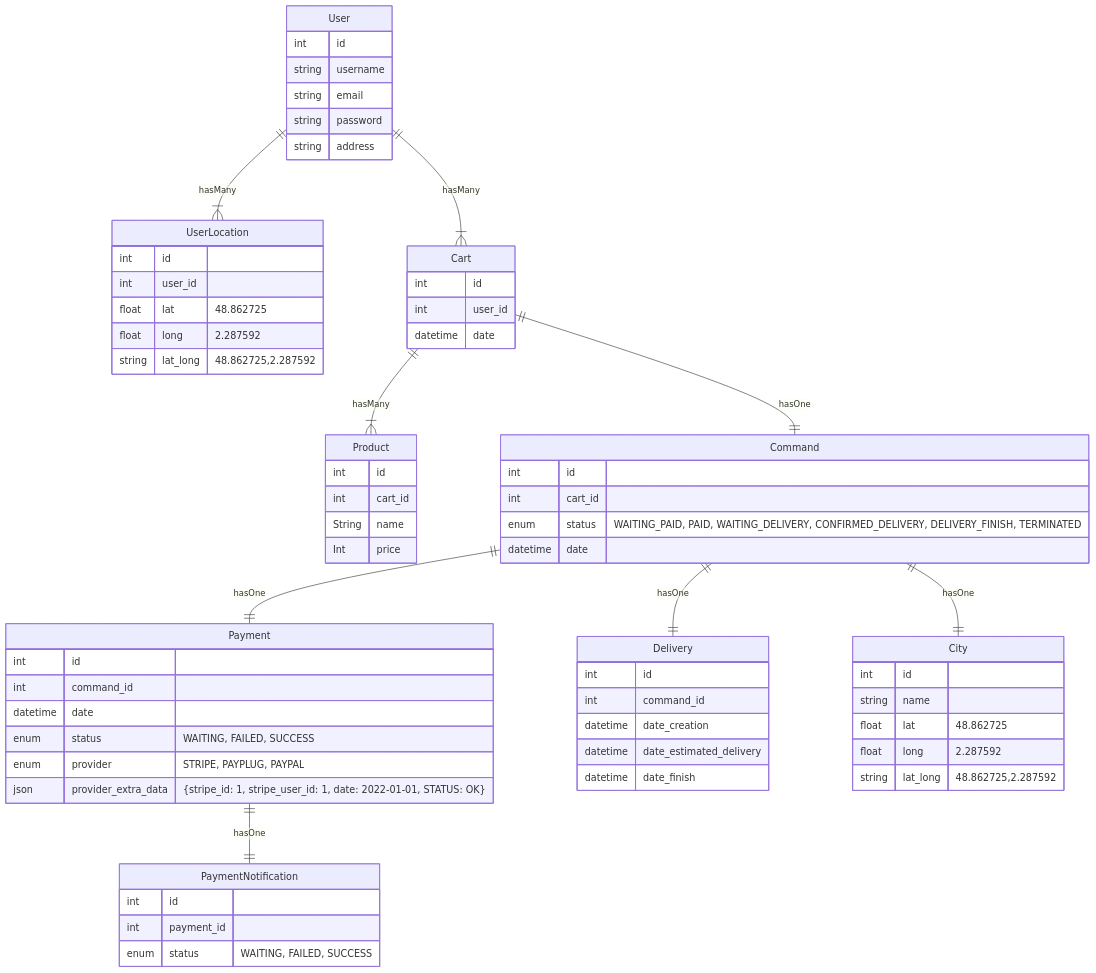
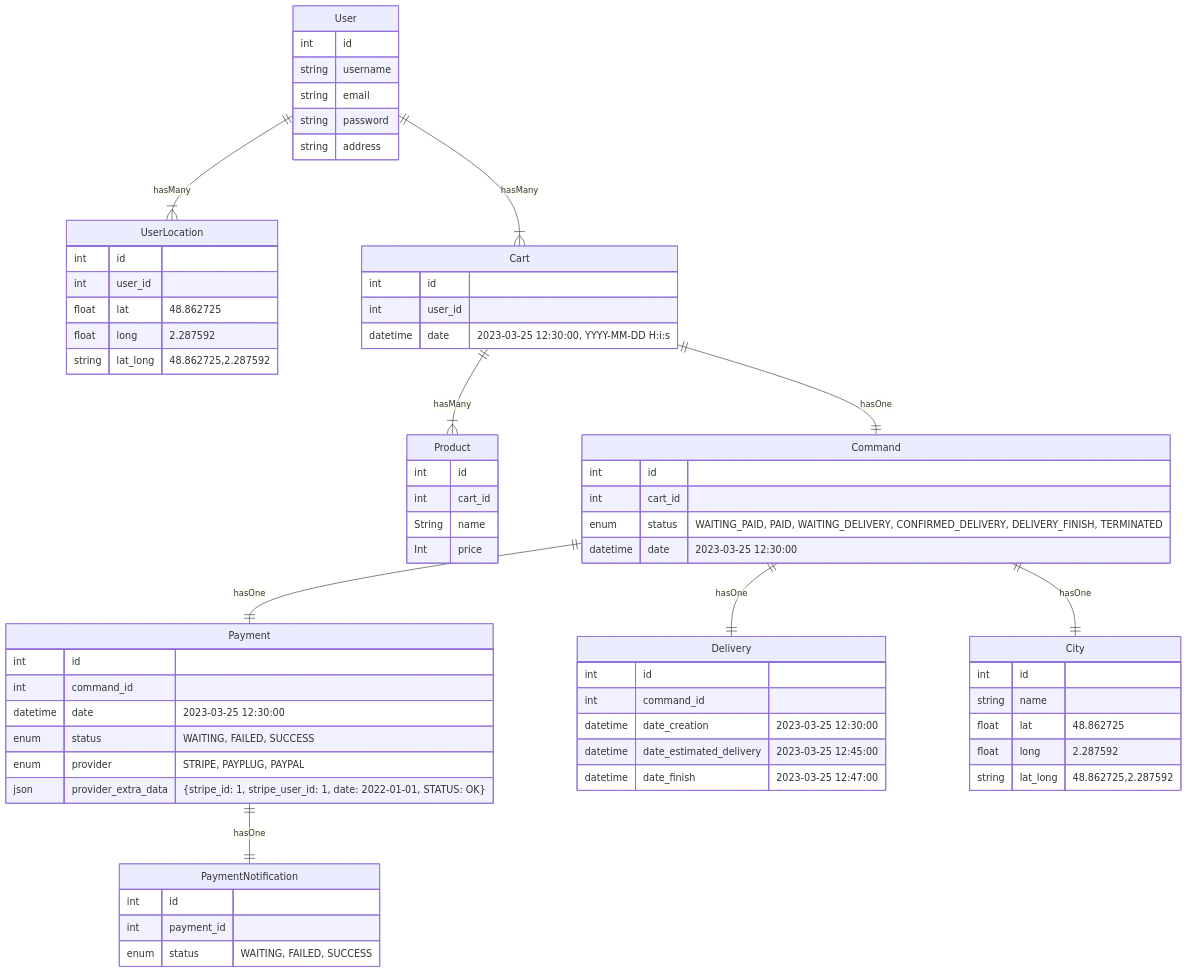
The first of 6 diagrams in readme.md (joussin/api_allopico_old), drawn with Mermaid before and after one commit.

```diff
--- a/readme.md
+++ b/readme.md
@@ -75,21 +75,21 @@
     Cart {
 	     int id
 	     int user_id
-	     datetime date
+	     datetime date "2023-03-25 12:30:00, YYYY-MM-DD H:i:s"
 	}
     
     Command {
 	     int id
 	     int cart_id
 	enum status "WAITING_PAID, PAID, WAITING_DELIVERY, CONFIRMED_DELIVERY, DELIVERY_FINISH, TERMINATED"
-	datetime date
+	datetime date "2023-03-25 12:30:00"
 	}
     
      
      Payment {
             int id
 	     int command_id  
-		 datetime date
+		 datetime date "2023-03-25 12:30:00"
 		 enum status "WAITING, FAILED, SUCCESS"
 		 enum provider "STRIPE, PAYPLUG, PAYPAL"
 		 json provider_extra_data "{stripe_id: 1, stripe_user_id: 1, date: 2022-01-01, STATUS: OK}"
@@ -105,9 +105,9 @@
 	     int id
 	     int command_id  
 	     
-	     datetime date_creation
-	     datetime date_estimated_delivery
-	     datetime date_finish
+	     datetime date_creation "2023-03-25 12:30:00"
+	     datetime date_estimated_delivery "2023-03-25 12:45:00"
+	     datetime date_finish "2023-03-25 12:47:00"
 	}
 	
  
```
